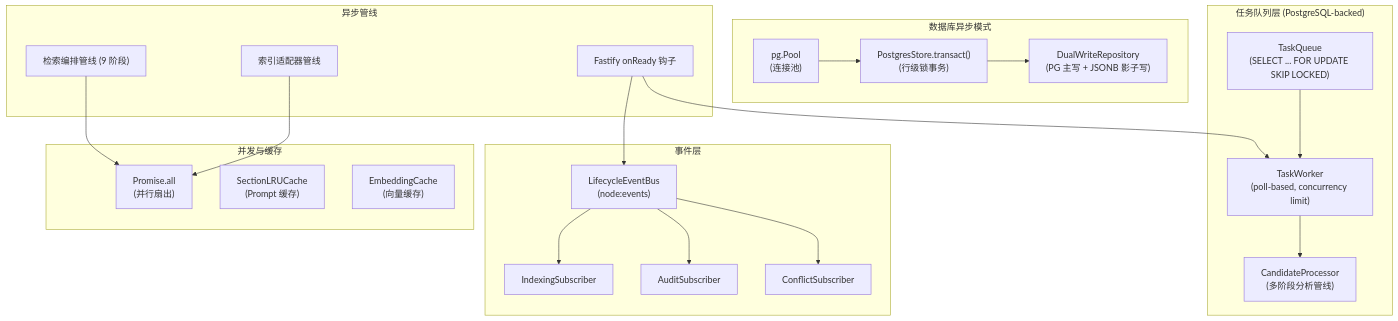
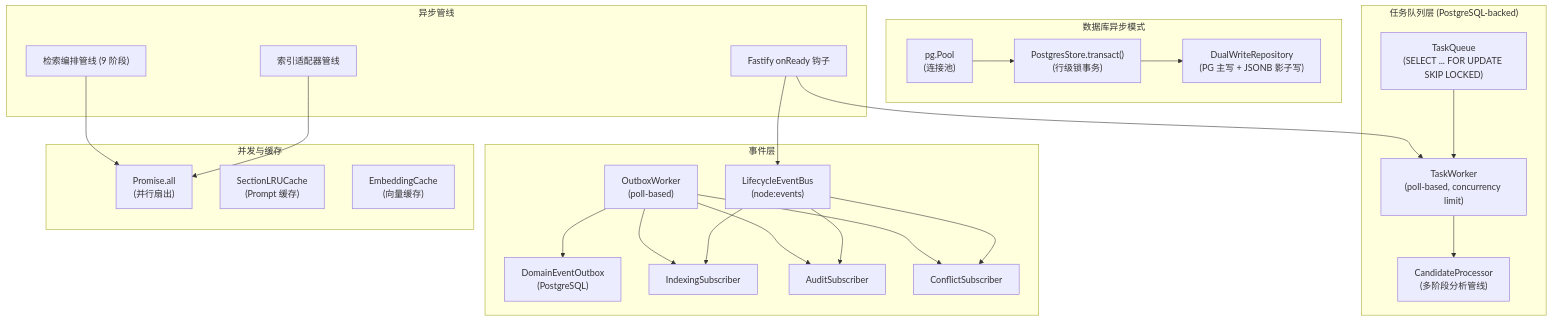
The first of 6 diagrams in docs/architecture/components/ASYNC_INFRASTRUCTURE.md (pofossette/TrapMap-for-vibing), drawn with Mermaid before and after one commit. The commit also changed other lines of this file and 10 other files, not shown here.

````diff
--- a/docs/architecture/components/ASYNC_INFRASTRUCTURE.md
+++ b/docs/architecture/components/ASYNC_INFRASTRUCTURE.md
@@ -9,48 +9,54 @@
 ```mermaid
 flowchart TB
     subgraph 事件层["事件层"]
         EventBus["LifecycleEventBus\n(node:events)"]
+        Outbox["DomainEventOutbox\n(PostgreSQL)"]
+        OutboxWorker["OutboxWorker\n(poll-based)"]
         IndexSub["IndexingSubscriber"]
         AuditSub["AuditSubscriber"]
         ConflictSub["ConflictSubscriber"]
     end
 
     subgraph 任务队列层["任务队列层 (PostgreSQL-backed)"]
         TaskQueue["TaskQueue\n(SELECT ... FOR UPDATE SKIP LOCKED)"]
         TaskWorker["TaskWorker\n(poll-based, concurrency limit)"]
         CandidateProc["CandidateProcessor\n(多阶段分析管线)"]
     end
 
     subgraph 数据库层["数据库异步模式"]
         PgPool["pg.Pool\n(连接池)"]
         Transact["PostgresStore.transact()\n(行级锁事务)"]
         DualWrite["DualWriteRepository\n(PG 主写 + JSONB 影子写)"]
     end
 
     subgraph 并发与缓存["并发与缓存"]
         PromiseAll["Promise.all\n(并行扇出)"]
         LRUCache["SectionLRUCache\n(Prompt 缓存)"]
         EmbedCache["EmbeddingCache\n(向量缓存)"]
     end
 
     subgraph 管线层["异步管线"]
         FastifyHooks["Fastify onReady 钩子"]
         AdapterPipeline["索引适配器管线"]
         RetrievalPipeline["检索编排管线 (9 阶段)"]
     end
 
     EventBus --> IndexSub
     EventBus --> AuditSub
     EventBus --> ConflictSub
+    OutboxWorker --> Outbox
+    OutboxWorker --> IndexSub
+    OutboxWorker --> ConflictSub
+    OutboxWorker --> AuditSub
 
     TaskQueue --> TaskWorker
     TaskWorker --> CandidateProc
 
     PgPool --> Transact
     Transact --> DualWrite
 
     FastifyHooks --> TaskWorker
     FastifyHooks --> EventBus
     AdapterPipeline --> PromiseAll
     RetrievalPipeline --> PromiseAll
 ```
````
